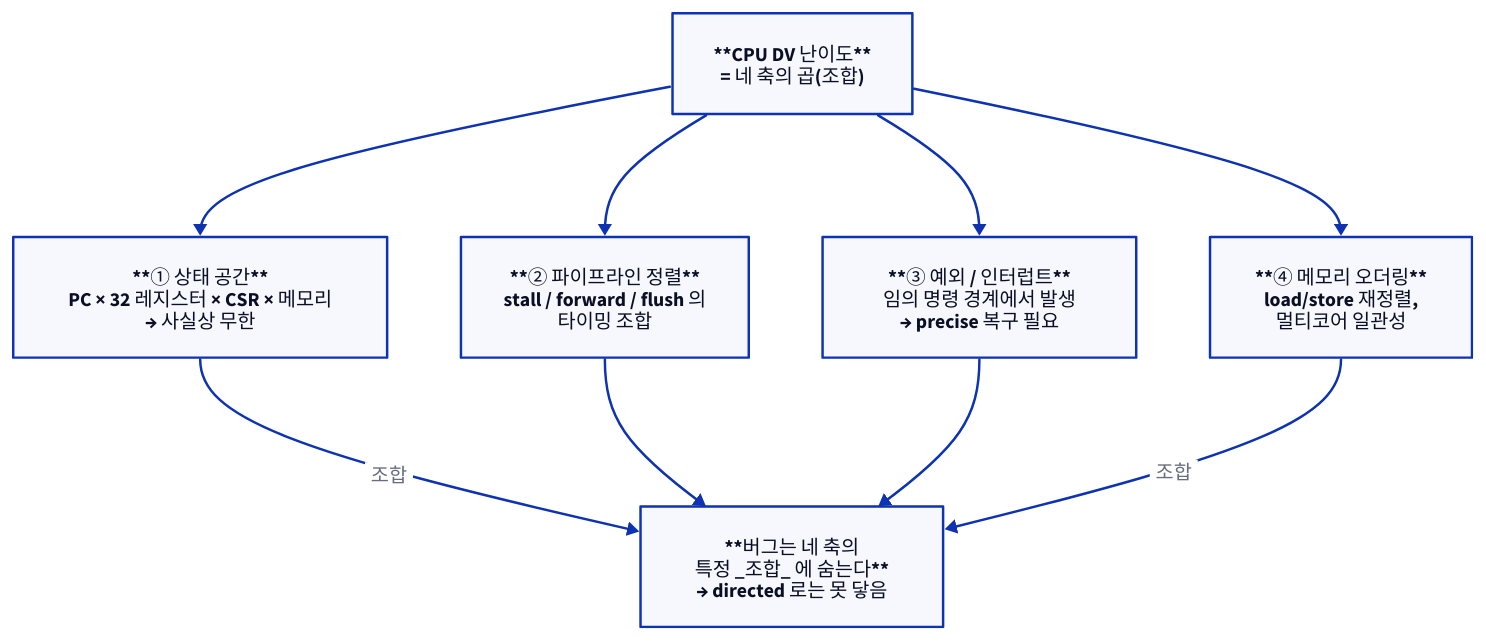
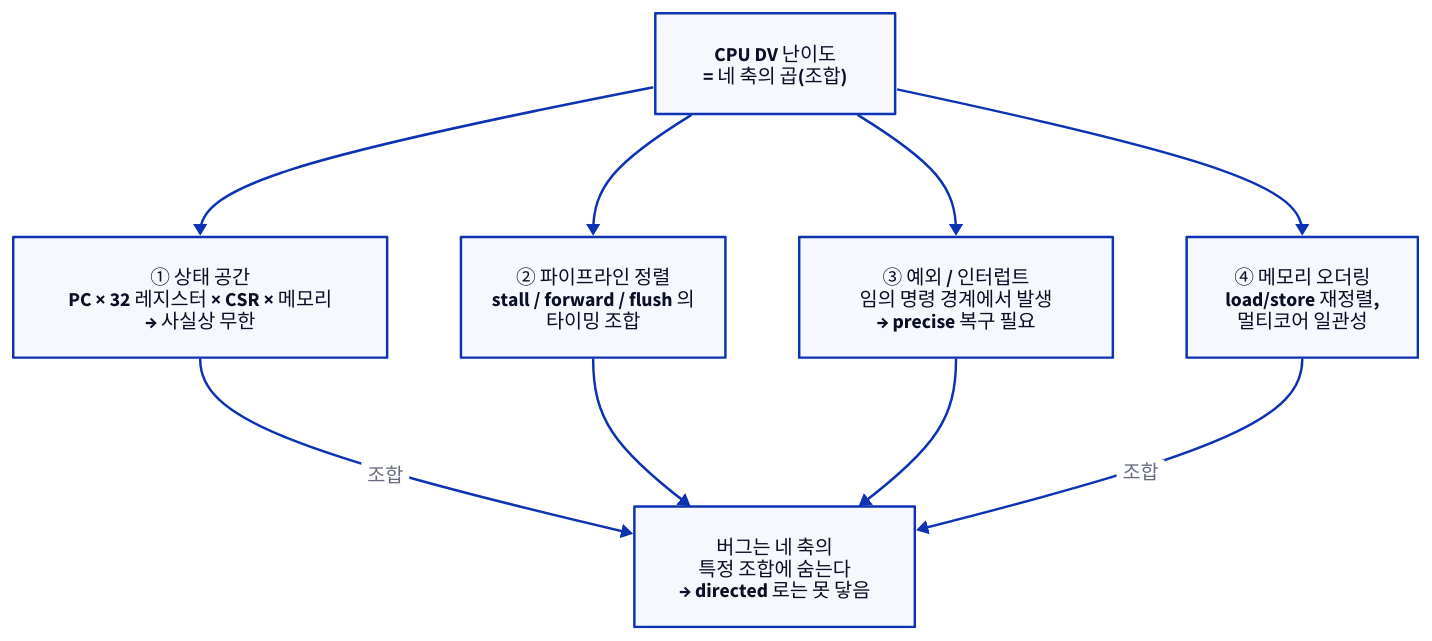
The first of 3 diagrams in starlight_site/src/content/docs/cpu_dv/01_why_cpu_dv.md (humbleowl39/DV_SKOOL), drawn with D2 before and after one commit. The commit also changed other lines of this file and 714 other files, not shown here.

First line of the commit message:
fix(site): d2 다이어그램 가독성 결함 6종 일괄 수정

````diff
--- a/starlight_site/src/content/docs/cpu_dv/01_why_cpu_dv.md
+++ b/starlight_site/src/content/docs/cpu_dv/01_why_cpu_dv.md
@@ -53,21 +53,21 @@
 ```d2
 direction: down
 
-CPU: "**CPU DV 난이도**\n= 네 축의 곱(조합)"
+CPU: "CPU DV 난이도\n= 네 축의 곱(조합)"
 
-SS: "**① 상태 공간**\nPC × 32 레지스터 × CSR × 메모리\n→ 사실상 무한"
-PIPE: "**② 파이프라인 정렬**\nstall / forward / flush 의\n타이밍 조합"
-EXC: "**③ 예외 / 인터럽트**\n임의 명령 경계에서 발생\n→ precise 복구 필요"
-ORD: "**④ 메모리 오더링**\nload/store 재정렬,\n멀티코어 일관성"
+SS: "① 상태 공간\nPC × 32 레지스터 × CSR × 메모리\n→ 사실상 무한"
+PIPE: "② 파이프라인 정렬\nstall / forward / flush 의\n타이밍 조합"
+EXC: "③ 예외 / 인터럽트\n임의 명령 경계에서 발생\n→ precise 복구 필요"
+ORD: "④ 메모리 오더링\nload/store 재정렬,\n멀티코어 일관성"
 
 CPU -> SS
 CPU -> PIPE
 CPU -> EXC
 CPU -> ORD
 
 SS -> BUG: "조합"
 PIPE -> BUG
 EXC -> BUG
 ORD -> BUG: "조합"
-BUG: "**버그는 네 축의\n특정 _조합_ 에 숨는다**\n→ directed 로는 못 닿음"
+BUG: "버그는 네 축의\n특정 조합에 숨는다\n→ directed 로는 못 닿음"
 ```
````
